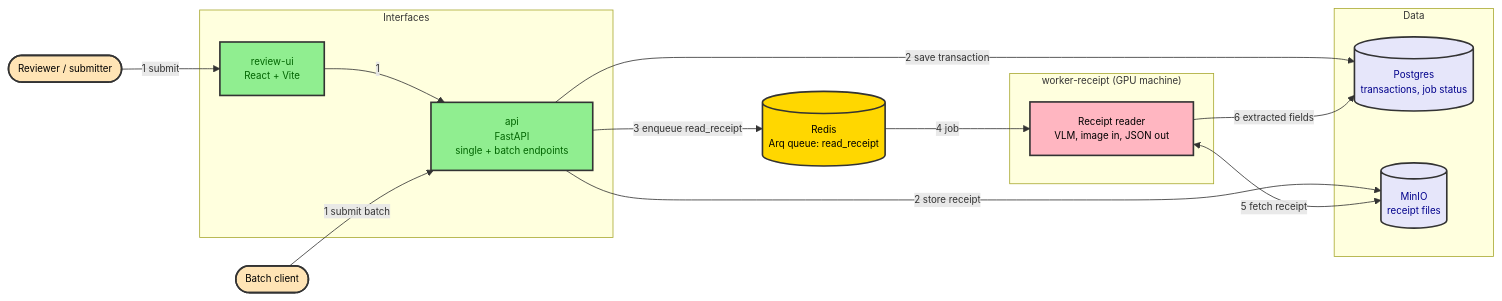
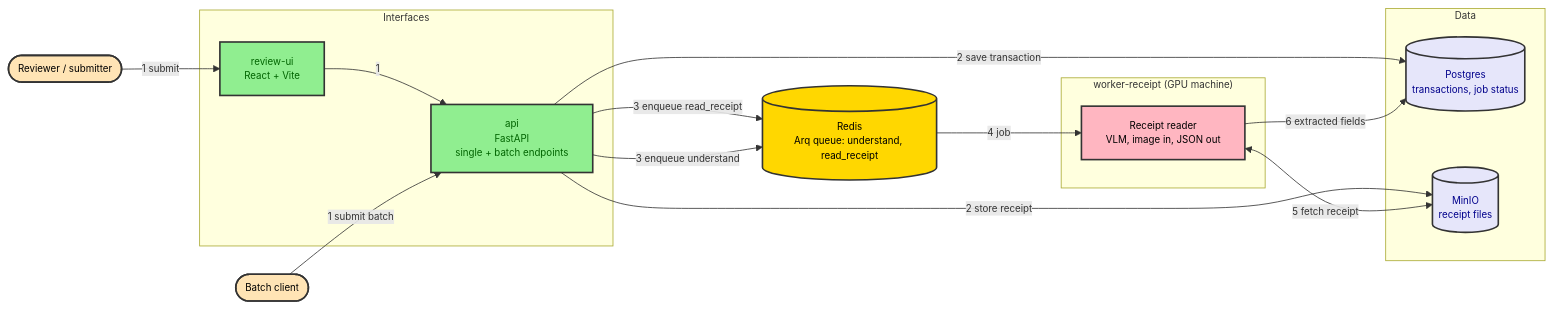
Before and after one commit to JustinaChano04/Flag-It: the first of 6 diagrams in docs/technology-architecture.md, drawn with Mermaid. The commit also changed other lines of this file and 8 other files, not shown here.

Commit message:
docs: orchestrator decisions and diagrams

````diff
--- a/docs/technology-architecture.md
+++ b/docs/technology-architecture.md
@@ -26,45 +26,46 @@
 ```mermaid
 %%{init: {"flowchart": {"useMaxWidth": false}, "themeVariables": {"fontSize": "12px"}}}%%
 flowchart LR
     reviewer(["Reviewer / submitter"])
     batch(["Batch client"])
 
     subgraph Interfaces
         ui["review-ui<br/>React + Vite"]
         api["api<br/>FastAPI<br/>single + batch endpoints"]
     end
 
-    redis[("Redis<br/>Arq queue: read_receipt")]
+    redis[("Redis<br/>Arq queue: understand, read_receipt")]
 
     subgraph WR["worker-receipt (GPU machine)"]
         reader["Receipt reader<br/>VLM, image in, JSON out"]
     end
 
     subgraph Data
         pg[("Postgres<br/>transactions, job status")]
         minio[("MinIO<br/>receipt files")]
     end
 
     reviewer -->|"1 submit"| ui
     ui -->|"1"| api
     batch -->|"1 submit batch"| api
     api -->|"2 save transaction"| pg
     api -->|"2 store receipt"| minio
     api -->|"3 enqueue read_receipt"| redis
+    api -->|"3 enqueue understand"| redis
     redis -->|"4 job"| reader
     reader <-->|"5 fetch receipt"| minio
     reader -->|"6 extracted fields"| pg
 
     classDef actor fill:#FFE4B5,stroke:#333,stroke-width:2px,color:black
     classDef app fill:#90EE90,stroke:#333,stroke-width:2px,color:darkgreen
     classDef model fill:#FFB6C1,stroke:#333,stroke-width:2px,color:black
     classDef store fill:#E6E6FA,stroke:#333,stroke-width:2px,color:darkblue
     classDef queue fill:#FFD700,stroke:#333,stroke-width:2px,color:black
     classDef external fill:#87CEEB,stroke:#333,stroke-width:2px,color:darkblue
 
     class reviewer,batch actor
     class ui,api app
     class reader model
     class pg,minio store
     class redis queue
 ```
````
